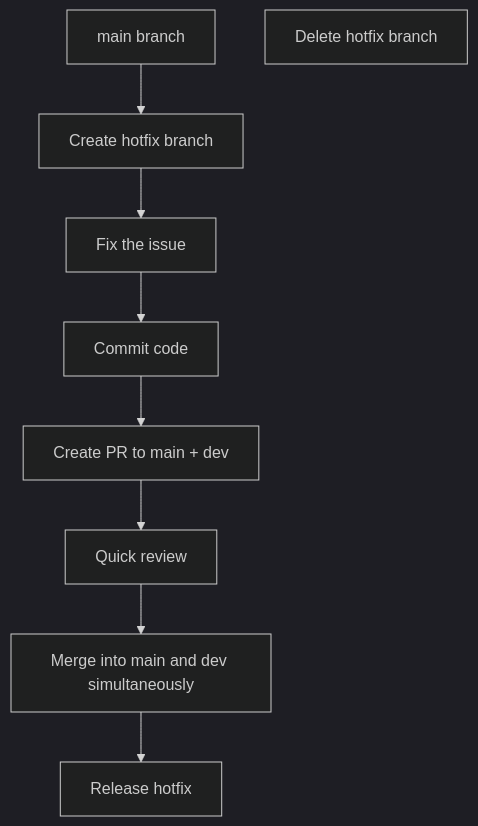
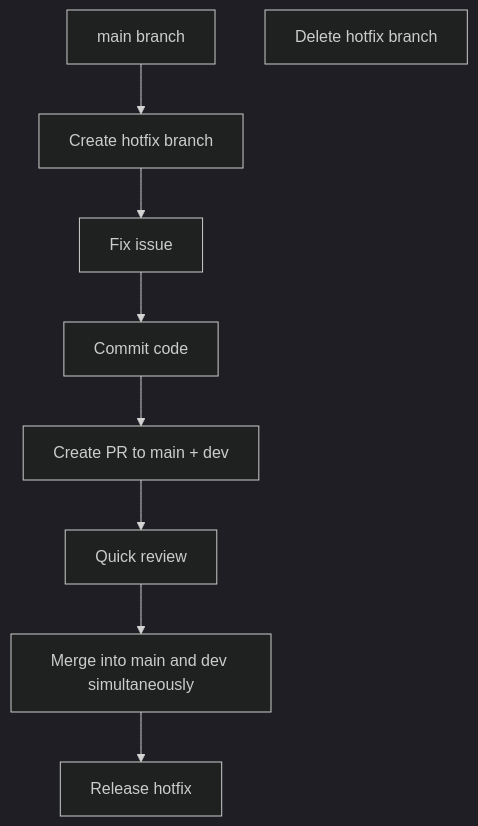
One commit to ChenXu233/YaoXiang changed the second of 3 diagrams in docs/src/en/dev/branch-maintenance-guide.md. Above: the diagram before and after it, drawn with Mermaid (dark theme). The commit also changed other lines of this file and 2 other files, not shown here.

````diff
--- a/docs/src/en/dev/branch-maintenance-guide.md
+++ b/docs/src/en/dev/branch-maintenance-guide.md
@@ -168,11 +168,11 @@
 ```mermaid
 graph TD
     A[main branch] --> B[Create hotfix branch]
-    B --> C[Fix the issue]
+    B --> C[Fix issue]
     C --> D[Commit code]
     D --> E[Create PR to main + dev]
     E --> F[Quick review]
     F --> G[Merge into main and dev simultaneously]
     G --> H[Release hotfix]
     I[Delete hotfix branch]
 ```
````
